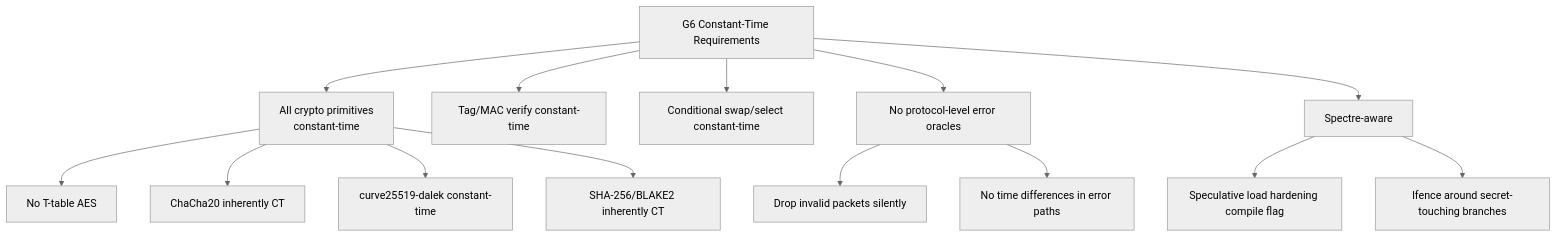
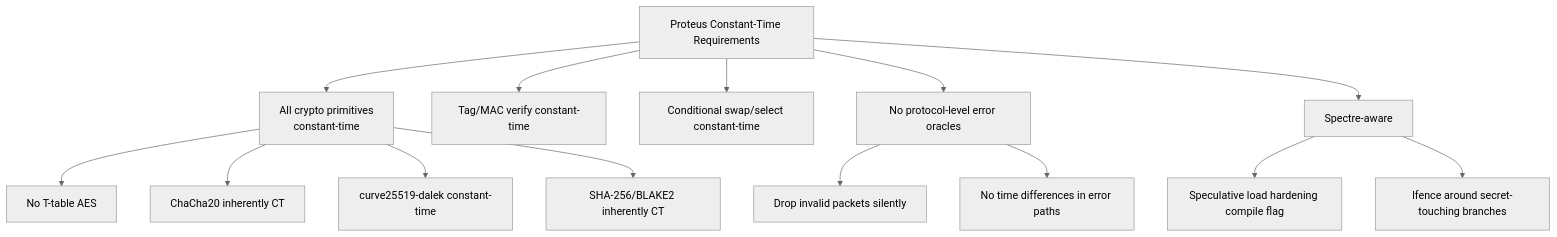
The fourth of 6 diagrams in lessons/part-3-cryptography/3.13-side-channels.md (Icarus603/network-from-scratch), drawn with Mermaid (neutral theme) before and after one commit. The commit also changed other lines of this file and 300 other files, not shown here.

````diff
--- a/lessons/part-3-cryptography/3.13-side-channels.md
+++ b/lessons/part-3-cryptography/3.13-side-channels.md
@@ -292,20 +292,20 @@
 ```mermaid
 flowchart TD
-    G6CT[G6 Constant-Time Requirements]
-    G6CT --> Crypto[All crypto primitives<br/>constant-time]
+    ProteusCT[Proteus Constant-Time Requirements]
+    ProteusCT --> Crypto[All crypto primitives<br/>constant-time]
     Crypto --> NoTtable[No T-table AES]
     Crypto --> ChaCha[ChaCha20 inherently CT]
     Crypto --> Curve[curve25519-dalek constant-time]
     Crypto --> Hash[SHA-256/BLAKE2 inherently CT]
 
-    G6CT --> Compare[Tag/MAC verify constant-time]
-    G6CT --> Swap[Conditional swap/select constant-time]
+    ProteusCT --> Compare[Tag/MAC verify constant-time]
+    ProteusCT --> Swap[Conditional swap/select constant-time]
 
-    G6CT --> NoOracle[No protocol-level error oracles]
+    ProteusCT --> NoOracle[No protocol-level error oracles]
     NoOracle --> SilentDrop[Drop invalid packets silently]
     NoOracle --> NoTimeDiff[No time differences in error paths]
 
-    G6CT --> Spectre[Spectre-aware]
+    ProteusCT --> Spectre[Spectre-aware]
     Spectre --> CompilerFlag[Speculative load hardening compile flag]
     Spectre --> Lfence[lfence around secret-touching branches]
 ```
````
